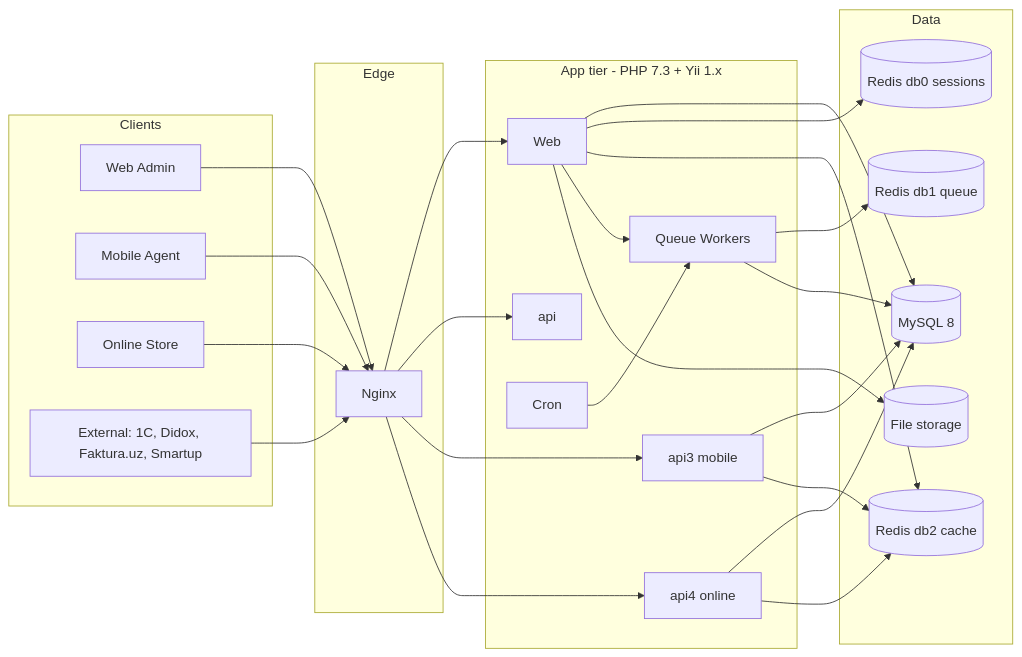
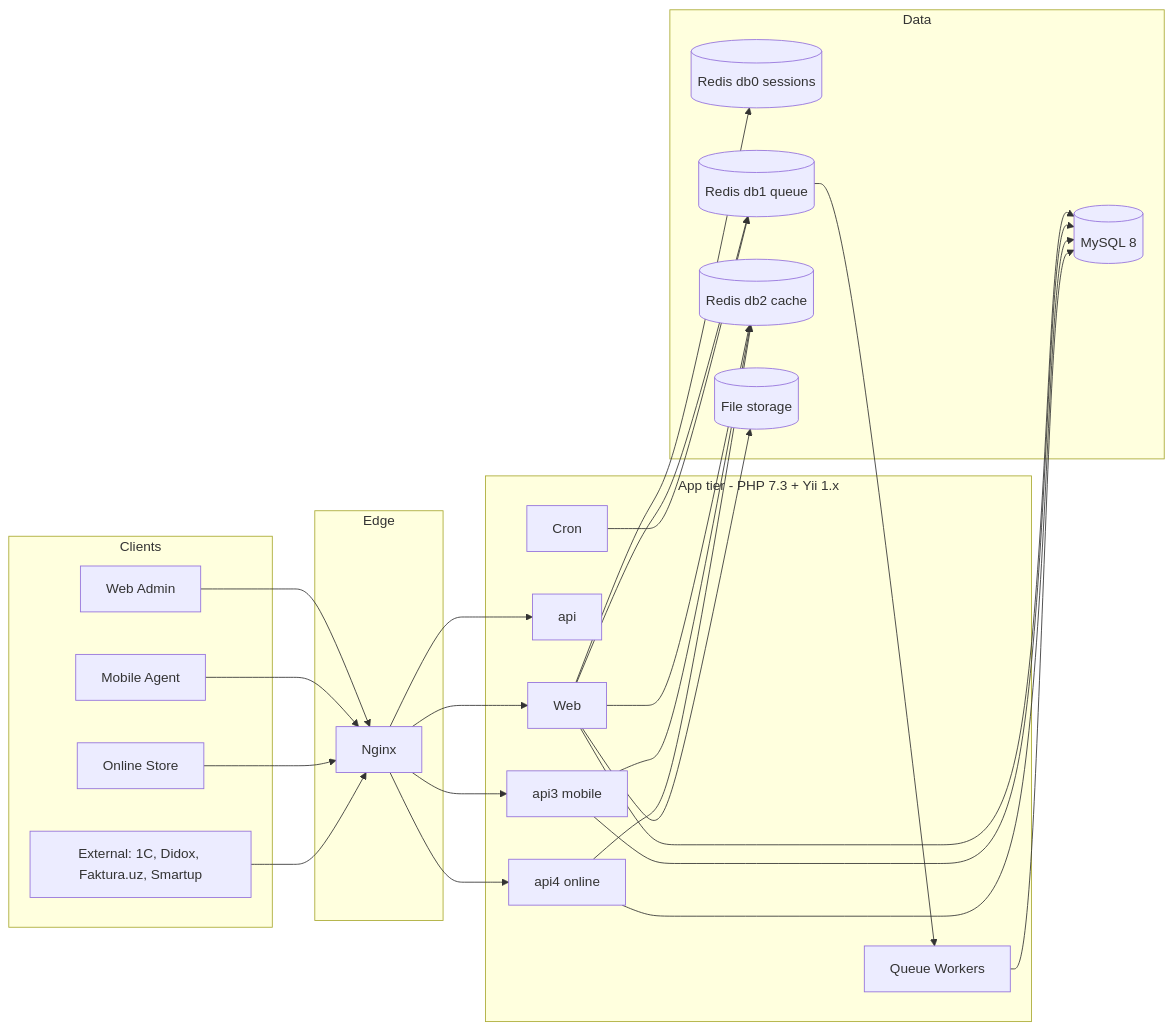
One commit to jamshidtulaganov/sd-doc changed the diagram in docs/architecture/overview.md. Above: the diagram before and after it, drawn with Mermaid. The commit also changed other lines of this file and 5 other files, not shown here.

````diff
--- a/docs/architecture/overview.md
+++ b/docs/architecture/overview.md
@@ -17,47 +20,47 @@
 ```mermaid
 flowchart LR
   subgraph Clients
     WB[Web Admin]
     MA[Mobile Agent]
     OS[Online Store]
     EXT[External: 1C, Didox, Faktura.uz, Smartup]
   end
   subgraph Edge
     NX[Nginx]
   end
   subgraph App[App tier - PHP 7.3 + Yii 1.x]
     WEB[Web]
     A1[api]
     A3[api3 mobile]
     A4[api4 online]
     JOBS[Queue Workers]
     CRON[Cron]
   end
   subgraph Data
     DB[(MySQL 8)]
     R0[(Redis db0 sessions)]
     R1[(Redis db1 queue)]
     R2[(Redis db2 cache)]
     FS[(File storage)]
   end
   WB --> NX
   MA --> NX
   OS --> NX
   EXT --> NX
   NX --> WEB
   NX --> A1
   NX --> A3
   NX --> A4
   WEB --> DB
   WEB --> R0
   WEB --> R2
   A3 --> DB
   A3 --> R2
   A4 --> DB
   A4 --> R2
-  WEB --> JOBS
-  JOBS --> R1
+  WEB --> R1
+  R1 --> JOBS
   JOBS --> DB
-  CRON --> JOBS
+  CRON --> R1
   WEB --> FS
 ```
````
